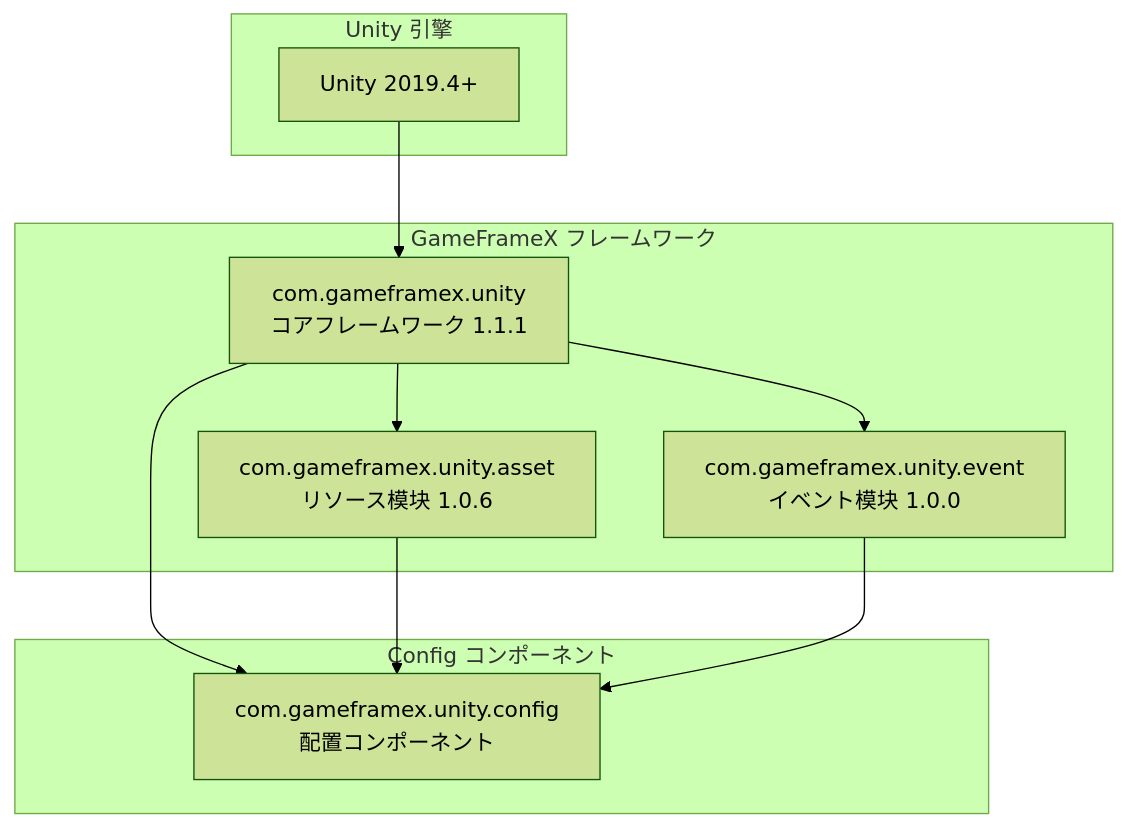
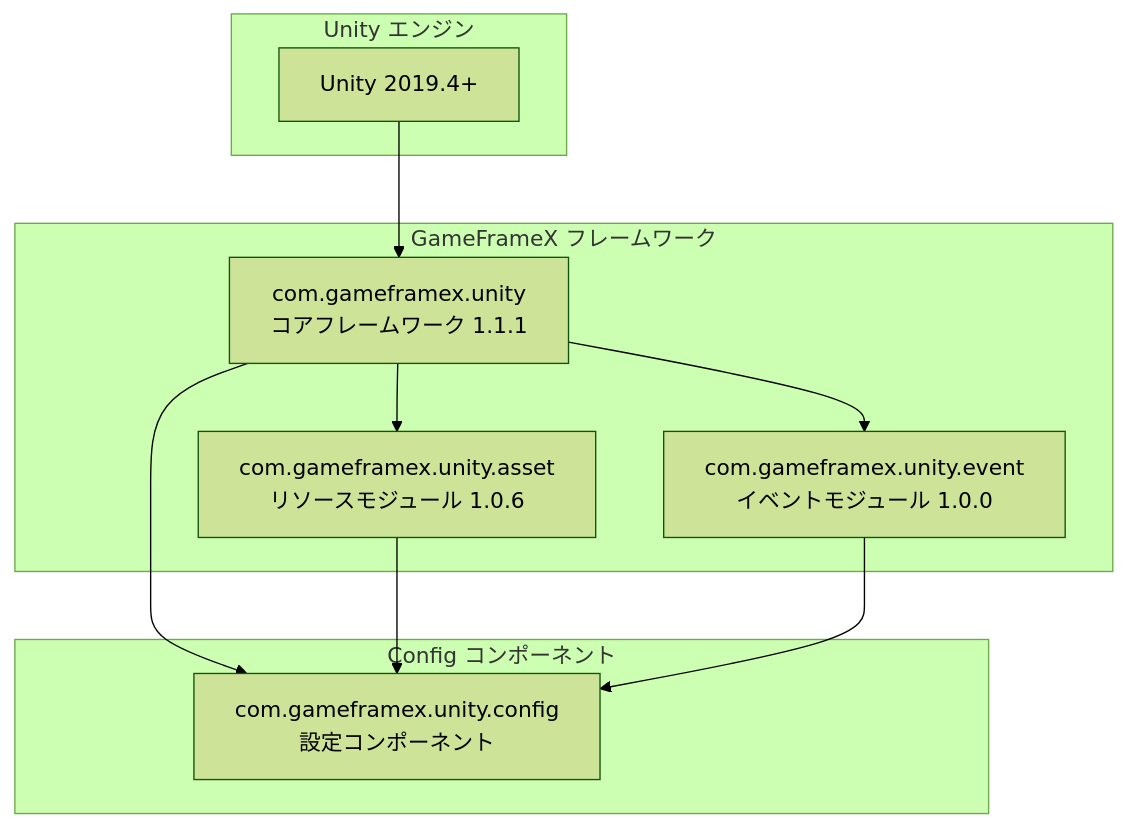
One commit to AlianBlank/GameFrameX.Docs changed the diagram in docs/ja/client/unity/component/config/05.dependencies.md. Above: the diagram before and after it, drawn with Mermaid (forest theme). The commit also changed other lines of this file and 320 other files, not shown here.

````diff
--- a/docs/ja/client/unity/component/config/05.dependencies.md
+++ b/docs/ja/client/unity/component/config/05.dependencies.md
@@ -11,23 +11,23 @@
 ```mermaid
 flowchart TD
-    subgraph UnityEngine["Unity 引擎"]
+    subgraph UnityEngine["Unity エンジン"]
         Unity[Unity 2019.4+]
     end
 
     subgraph GameFrameX["GameFrameX フレームワーク"]
         Core["com.gameframex.unity<br/>コアフレームワーク 1.1.1"]
-        Asset["com.gameframex.unity.asset<br/>リソース模块 1.0.6"]
-        Event["com.gameframex.unity.event<br/>イベント模块 1.0.0"]
+        Asset["com.gameframex.unity.asset<br/>リソースモジュール 1.0.6"]
+        Event["com.gameframex.unity.event<br/>イベントモジュール 1.0.0"]
     end
 
     subgraph Config["Config コンポーネント"]
-        ConfigRuntime["com.gameframex.unity.config<br/>配置コンポーネント"]
+        ConfigRuntime["com.gameframex.unity.config<br/>設定コンポーネント"]
     end
 
     Unity --> Core
     Core --> Asset
     Core --> Event
     Core --> ConfigRuntime
     Asset --> ConfigRuntime
     Event --> ConfigRuntime
 ```
````
